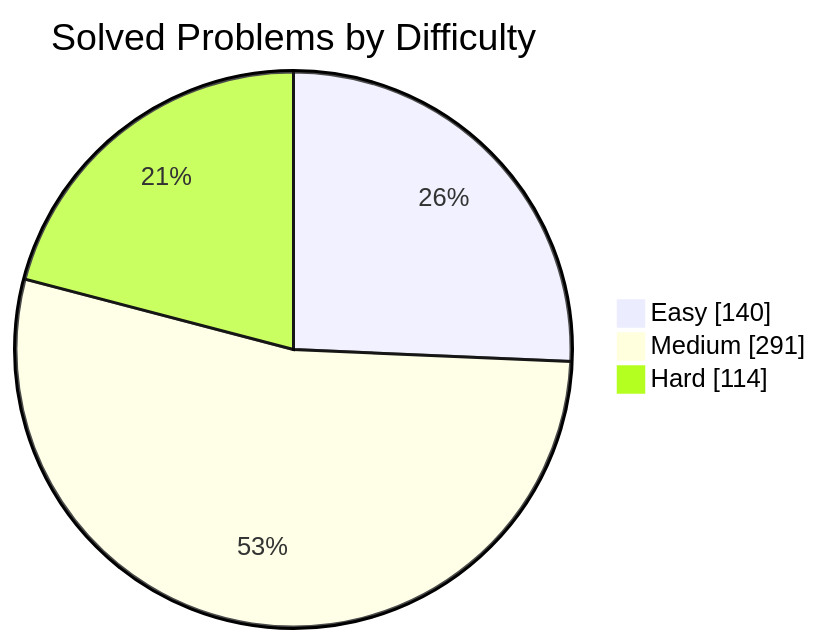
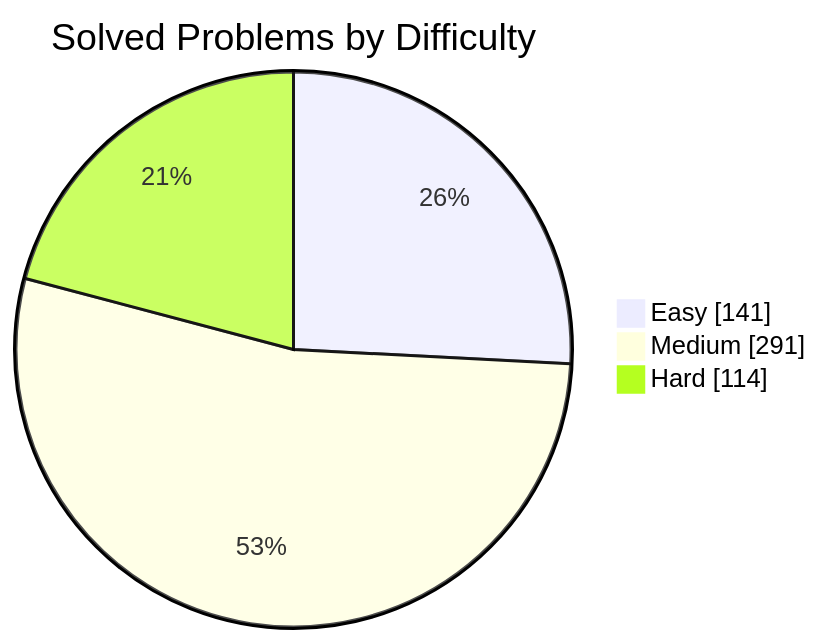
The first of 2 diagrams in README.md (manikantbindass/DSA-Preparation-FAANG), drawn with Mermaid before and after one commit. The commit also changed other lines of this file and 1 other file, not shown here.

````diff
--- a/README.md
+++ b/README.md
@@ -79,7 +79,7 @@
 ```mermaid
 pie showData
     title Solved Problems by Difficulty
-    "Easy" : 140
+    "Easy" : 141
     "Medium" : 291
     "Hard" : 114
 ```
````
